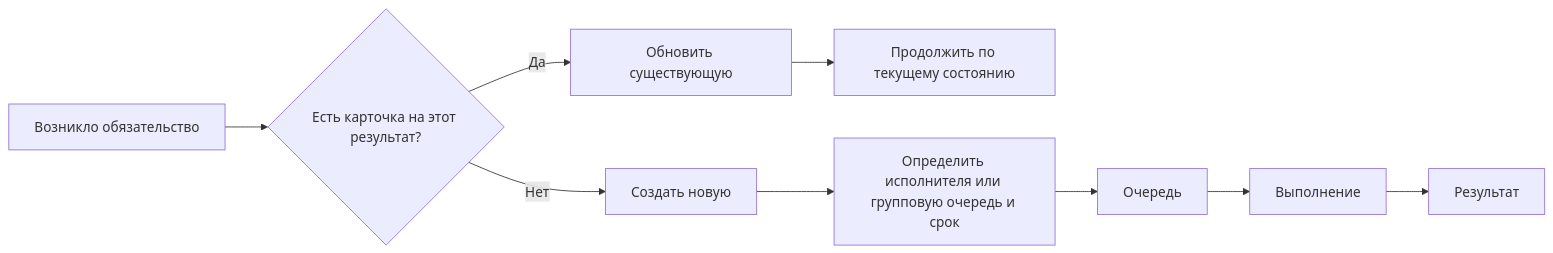
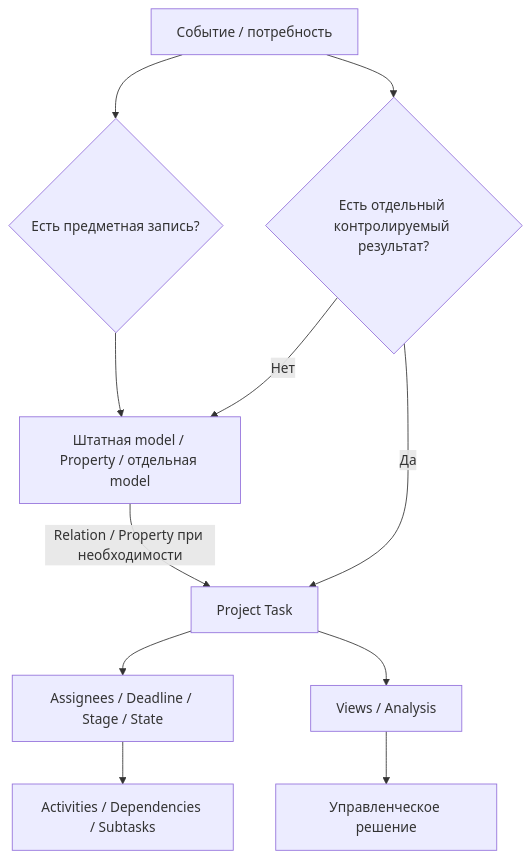
The diagram in docs/01-methodology.md (lazuale/department), drawn with Mermaid before and after one commit. The commit also changed other lines of this file and 28 other files, not shown here.

````diff
--- a/docs/01-methodology.md
+++ b/docs/01-methodology.md
@@ -20,11 +323,13 @@
 ```mermaid
-flowchart LR
-    A[Возникло обязательство] --> B{Есть карточка на этот результат?}
-    B -- Да --> C[Обновить существующую]
-    C --> S[Продолжить по текущему состоянию]
-    B -- Нет --> D[Создать новую]
-    D --> E[Определить исполнителя или групповую очередь и срок]
-    E --> Q[Очередь]
-    Q --> W[Выполнение]
-    W --> R[Результат]
+flowchart TD
+    A[Событие / потребность] --> B{Есть предметная запись?}
+    B --> M[Штатная model / Property / отдельная model]
+    A --> C{Есть отдельный контролируемый результат?}
+    C -- Нет --> M
+    C -- Да --> T[Project Task]
+    M -->|Relation / Property при необходимости| T
+    T --> W[Assignees / Deadline / Stage / State]
+    W --> X[Activities / Dependencies / Subtasks]
+    T --> V[Views / Analysis]
+    V --> R[Управленческое решение]
 ```
````
